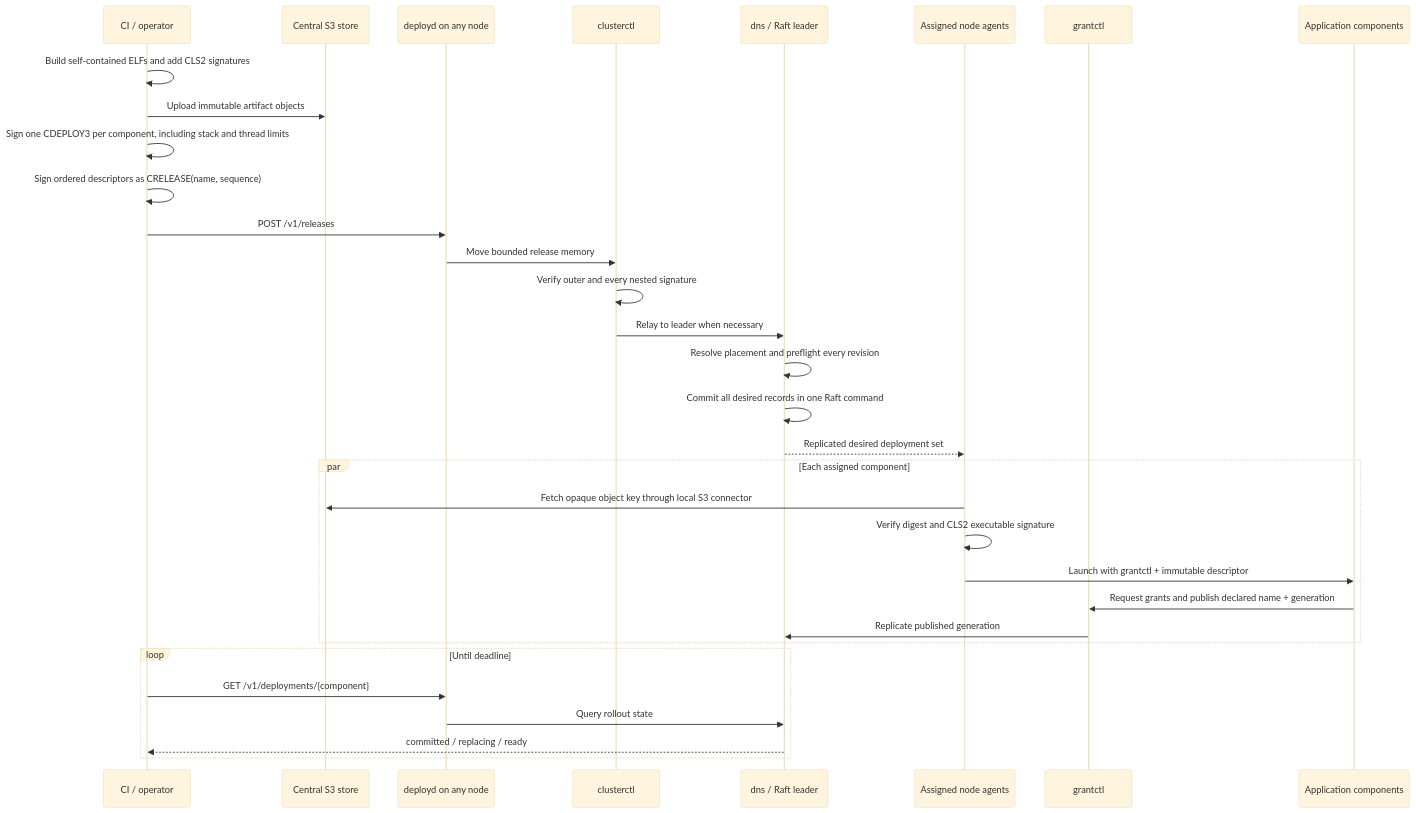
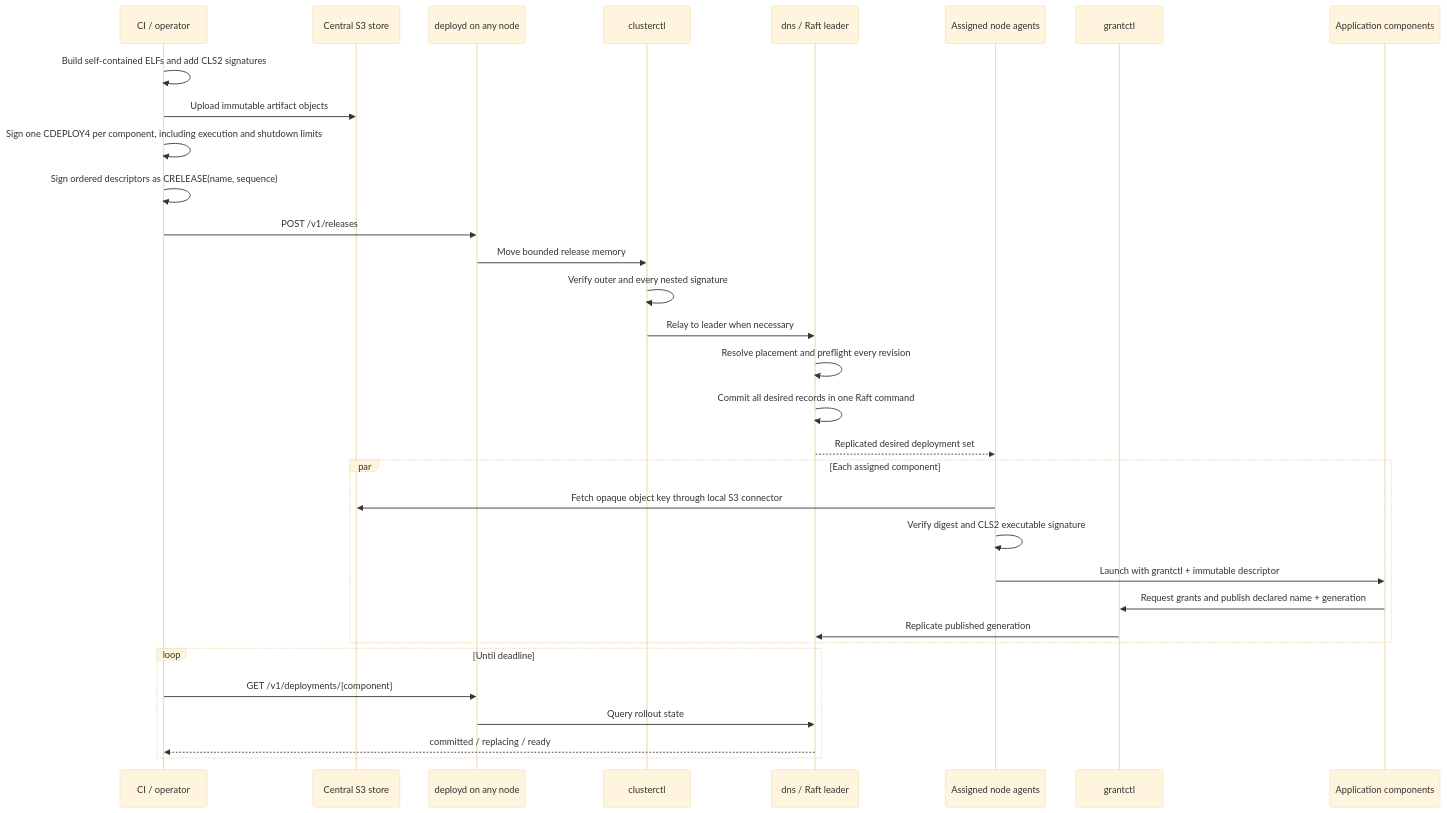
The eighth of 12 diagrams in docs/figures.md (FrodeRanders/charlotte-os), drawn with Mermaid (base theme) before and after one commit. The commit also changed other lines of this file and 44 other files, not shown here.

````diff
--- a/docs/figures.md
+++ b/docs/figures.md
@@ -349,37 +349,37 @@
 ```mermaid
 sequenceDiagram
 participant C as CI / operator
 participant O as Central S3 store
 participant D as deployd on any node
 participant X as clusterctl
 participant R as dns / Raft leader
 participant A as Assigned node agents
 participant G as grantctl
 participant P as Application components
 
       C->>C: Build self-contained ELFs and add CLS2 signatures
       C->>O: Upload immutable artifact objects
-      C->>C: Sign one CDEPLOY3 per component, including stack and thread limits
+      C->>C: Sign one CDEPLOY4 per component, including execution and shutdown limits
       C->>C: Sign ordered descriptors as CRELEASE(name, sequence)
       C->>D: POST /v1/releases
       D->>X: Move bounded release memory
       X->>X: Verify outer and every nested signature
       X->>R: Relay to leader when necessary
       R->>R: Resolve placement and preflight every revision
       R->>R: Commit all desired records in one Raft command
       R-->>A: Replicated desired deployment set
 
       par Each assigned component
           A->>O: Fetch opaque object key through local S3 connector
           A->>A: Verify digest and CLS2 executable signature
           A->>P: Launch with grantctl + immutable descriptor
           P->>G: Request grants and publish declared name + generation
           G->>R: Replicate published generation
       end
 
       loop Until deadline
           C->>D: GET /v1/deployments/{component}
           D->>R: Query rollout state
           R-->>C: committed / replacing / ready
       end
 ```
````
